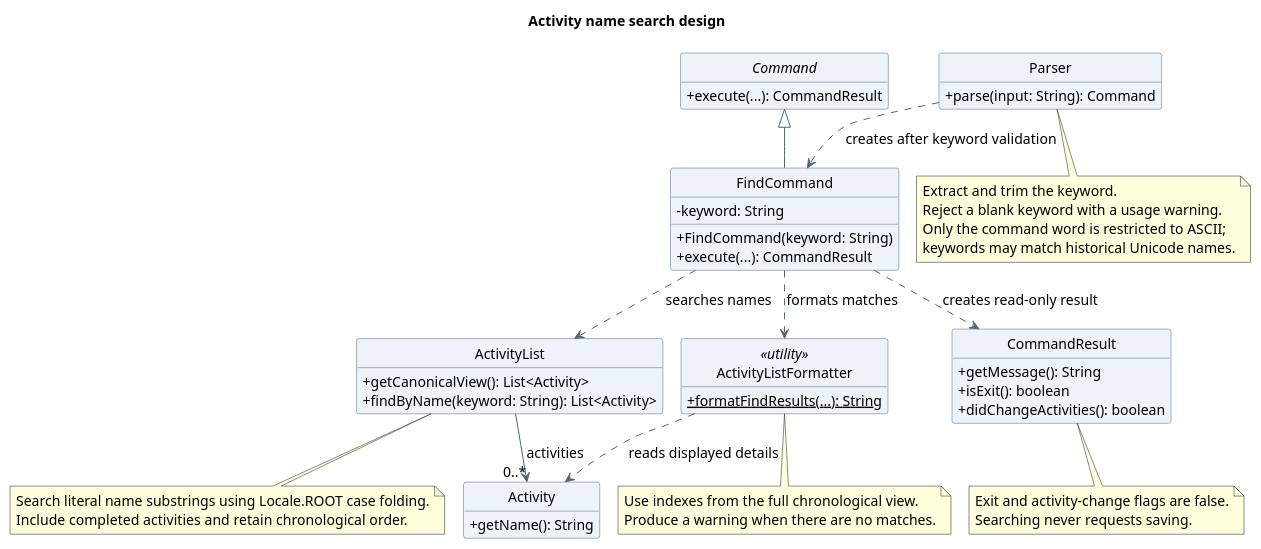
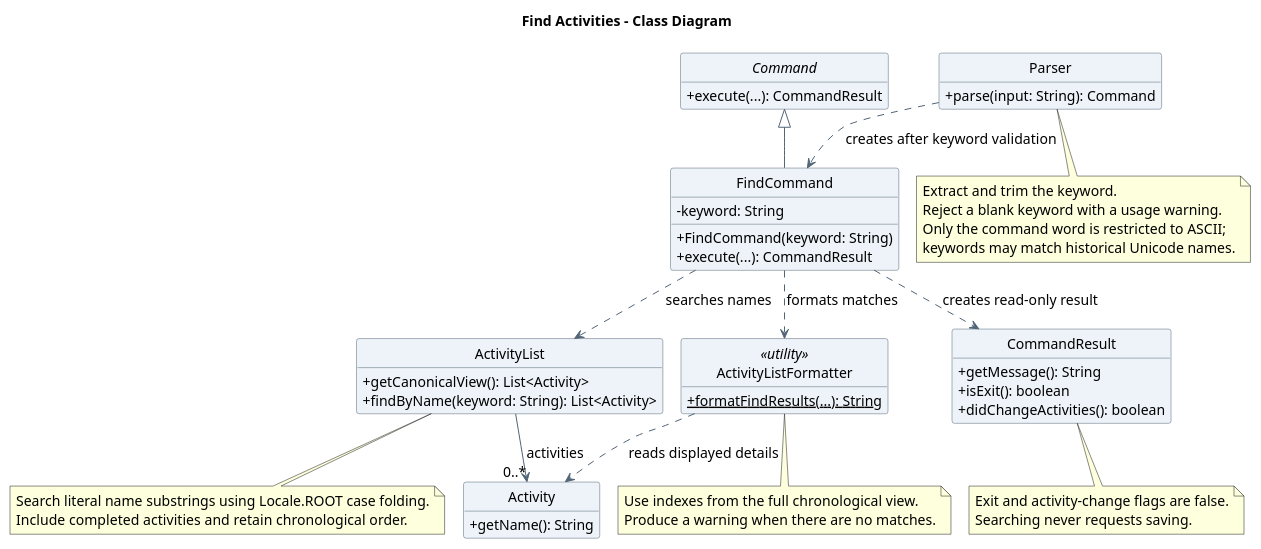
One commit to AY2627S1-CS2113-T10-4/tp changed the diagram in docs/diagrams/oliver/class/FindActivityClassDiagram.puml. Above: the diagram before and after it, drawn with PlantUML. The commit also changed 4 other files, not shown here.

```diff
--- a/docs/diagrams/oliver/class/FindActivityClassDiagram.puml
+++ b/docs/diagrams/oliver/class/FindActivityClassDiagram.puml
@@ -2,68 +2,68 @@
 @startuml
 !pragma layout smetana
-title Activity name search design
+title Find Activities - Class Diagram
 skinparam backgroundColor white
 skinparam shadowing false
 skinparam defaultFontName SansSerif
 skinparam defaultFontSize 14
 skinparam classAttributeIconSize 0
 skinparam classBackgroundColor #EDF3F8
 skinparam classBorderColor #526477
 skinparam ArrowColor #526477
 hide circle
 hide empty members
 
 abstract class Command {
   +execute(...): CommandResult
 }
 class Parser {
   +parse(input: String): Command
 }
 class FindCommand {
   -keyword: String
   +FindCommand(keyword: String)
   +execute(...): CommandResult
 }
 class ActivityList {
   +getCanonicalView(): List<Activity>
   +findByName(keyword: String): List<Activity>
 }
 class Activity {
   +getName(): String
 }
 class ActivityListFormatter <<utility>> {
   {static} +formatFindResults(...): String
 }
 class CommandResult {
   +getMessage(): String
   +isExit(): boolean
   +didChangeActivities(): boolean
 }
 
 Command <|-- FindCommand
 Parser ..> FindCommand : creates after keyword validation
 FindCommand ..> ActivityList : searches names
 FindCommand ..> ActivityListFormatter : formats matches
 FindCommand ..> CommandResult : creates read-only result
 ActivityList --> "0..*" Activity : activities
 ActivityListFormatter ..> Activity : reads displayed details
 
 note bottom of Parser
   Extract and trim the keyword.
   Reject a blank keyword with a usage warning.
   Only the command word is restricted to ASCII;
   keywords may match historical Unicode names.
 end note
 note bottom of ActivityList
   Search literal name substrings using Locale.ROOT case folding.
   Include completed activities and retain chronological order.
 end note
 note bottom of ActivityListFormatter
   Use indexes from the full chronological view.
   Produce a warning when there are no matches.
 end note
 note bottom of CommandResult
   Exit and activity-change flags are false.
   Searching never requests saving.
 end note
 @enduml
```
